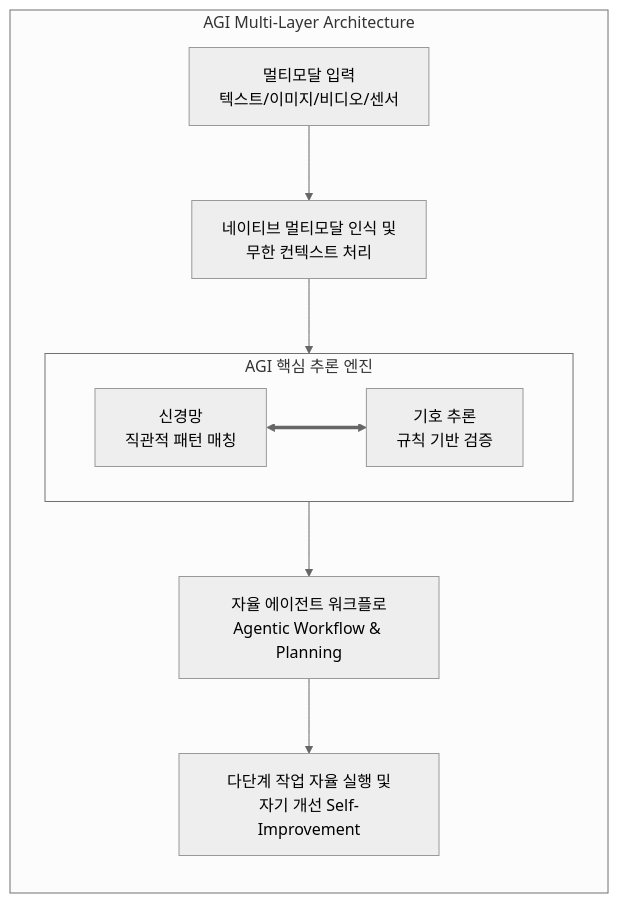
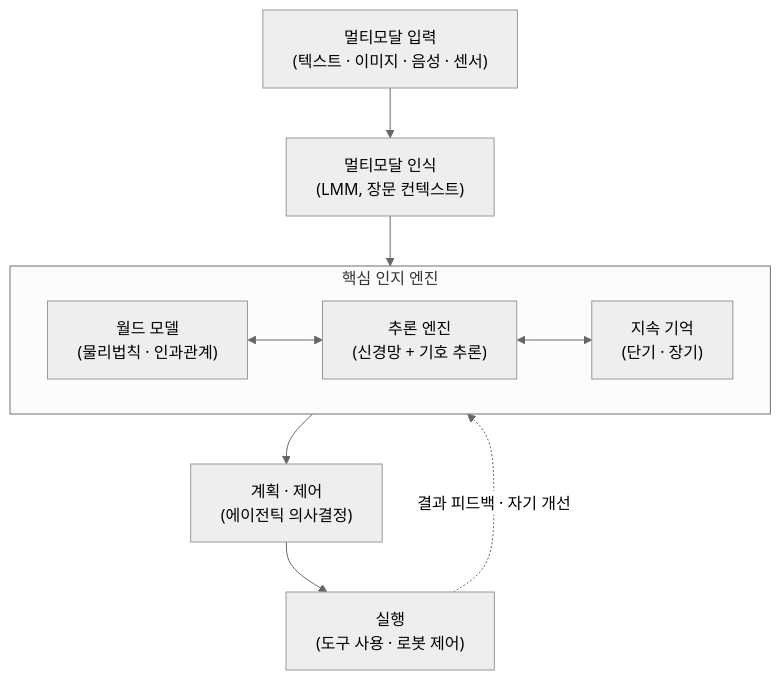
The diagram in content/01_IT Tech/AGI.md (supremethumb/supremethumb.github.io), drawn with Mermaid (neutral theme) before and after one commit. The commit also changed other lines of this file and 1087 other files, not shown here.

````diff
--- a/content/01_IT Tech/AGI.md
+++ b/content/01_IT Tech/AGI.md
@@ -27,18 +37,14 @@
 ```mermaid
 flowchart TB
-    subgraph AGI Multi-Layer Architecture
-        direction TB
-        Input[멀티모달 입력<br/>텍스트/이미지/비디오/센서] --> Percept[네이티브 멀티모달 인식 및<br/>무한 컨텍스트 처리]
-        
-        subgraph Core["AGI 핵심 추론 엔진"]
-            direction LR
-            NN[신경망<br/>직관적 패턴 매칭] <==> Sym[기호 추론<br/>규칙 기반 검증]
-        end
-        
-        Percept --> Core
-        Core --> Agent[자율 에이전트 워크플로<br/>Agentic Workflow & Planning]
-        
-        Agent --> Exec[다단계 작업 자율 실행 및<br/>자기 개선 Self-Improvement]
+    Data["멀티모달 입력<br/>(텍스트 · 이미지 · 음성 · 센서)"] --> Perception["멀티모달 인식<br/>(LMM, 장문 컨텍스트)"]
+    subgraph Core["핵심 인지 엔진"]
+        WM["월드 모델<br/>(물리법칙 · 인과관계)"]
+        Reasoning["추론 엔진<br/>(신경망 + 기호 추론)"]
+        Memory["지속 기억<br/>(단기 · 장기)"]
+        WM <--> Reasoning <--> Memory
     end
-
+    Perception --> Core
+    Core --> Plan["계획 · 제어<br/>(에이전틱 의사결정)"]
+    Plan --> Exec["실행<br/>(도구 사용 · 로봇 제어)"]
+    Exec -. "결과 피드백 · 자기 개선" .-> Core
 ```
````
